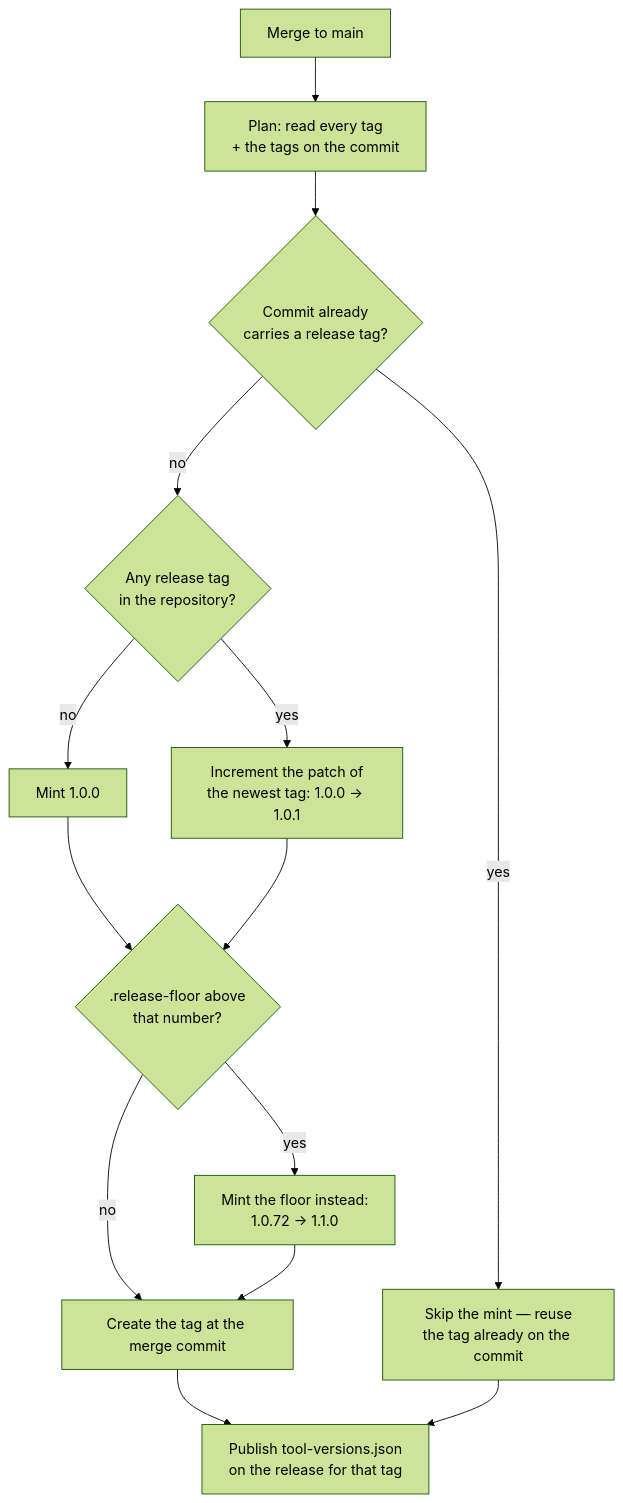
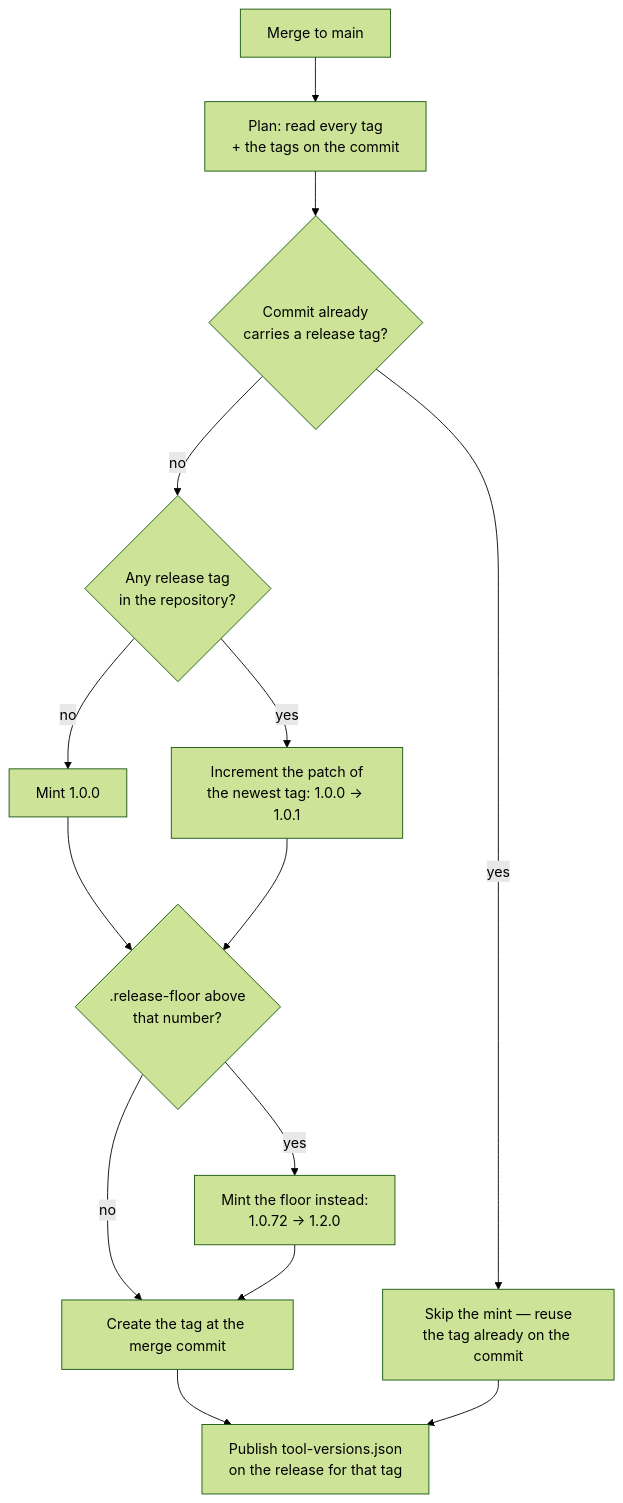
The first of 2 diagrams in docs/RELEASE-TAGGING.md (stSoftwareAU/VibeCoder), drawn with Mermaid (forest theme) before and after one commit. The commit also changed other lines of this file and 5 other files, not shown here.

````diff
--- a/docs/RELEASE-TAGGING.md
+++ b/docs/RELEASE-TAGGING.md
@@ -29,16 +29,16 @@
 ```mermaid
 flowchart TD
     M["Merge to main"] --> P["Plan: read every tag<br/>+ the tags on the commit"]
     P --> A{"Commit already<br/>carries a release tag?"}
     A -- yes --> S["Skip the mint — reuse<br/>the tag already on the commit"]
     A -- no --> N{"Any release tag<br/>in the repository?"}
     N -- no --> F["Mint 1.0.0"]
     N -- yes --> I["Increment the patch of<br/>the newest tag: 1.0.0 → 1.0.1"]
     F --> B{".release-floor above<br/>that number?"}
     I --> B
     B -- no --> T["Create the tag at the merge commit"]
-    B -- yes --> R["Mint the floor instead:<br/>1.0.72 → 1.1.0"]
+    B -- yes --> R["Mint the floor instead:<br/>1.0.72 → 1.2.0"]
     R --> T
     T --> V["Publish tool-versions.json<br/>on the release for that tag"]
     S --> V
 ```
````
